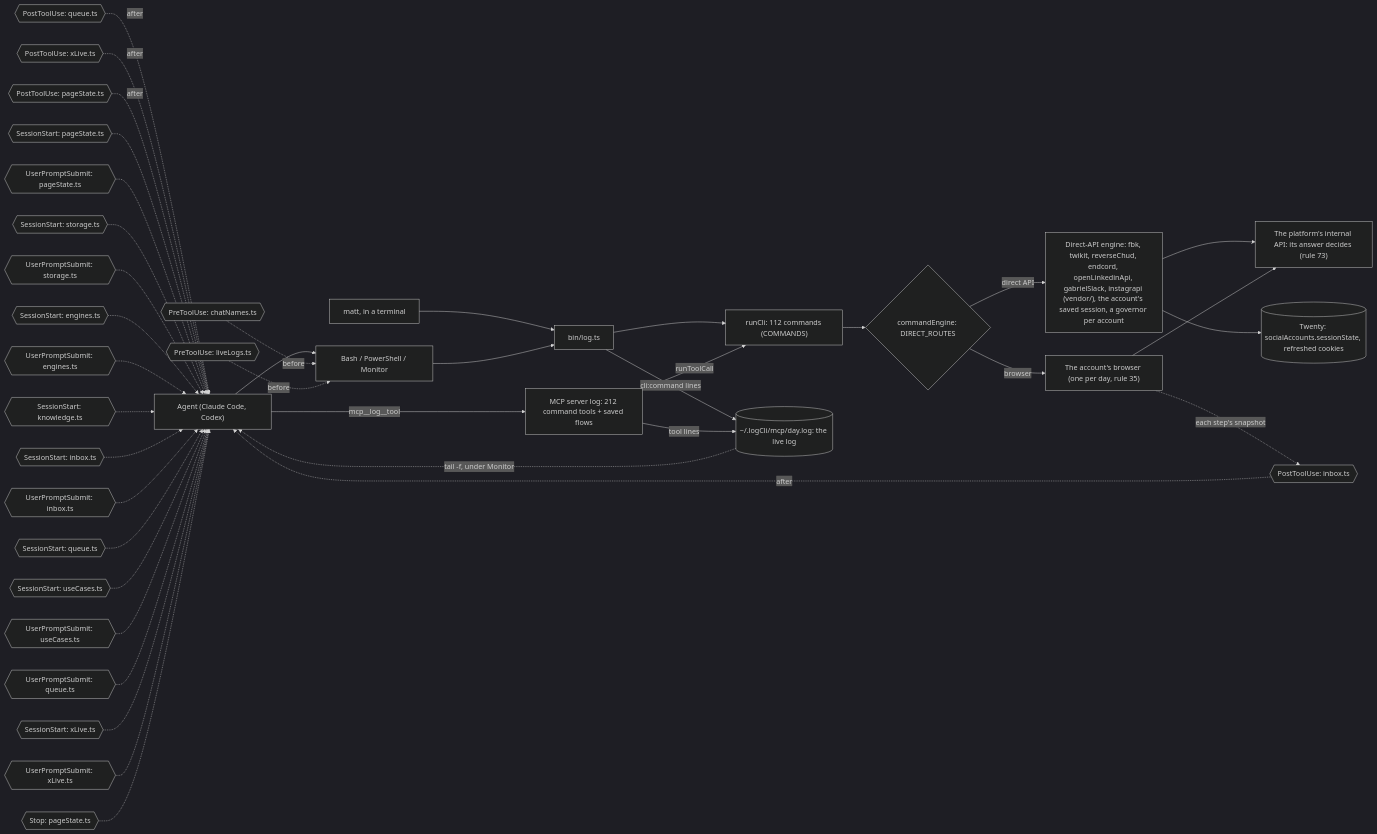
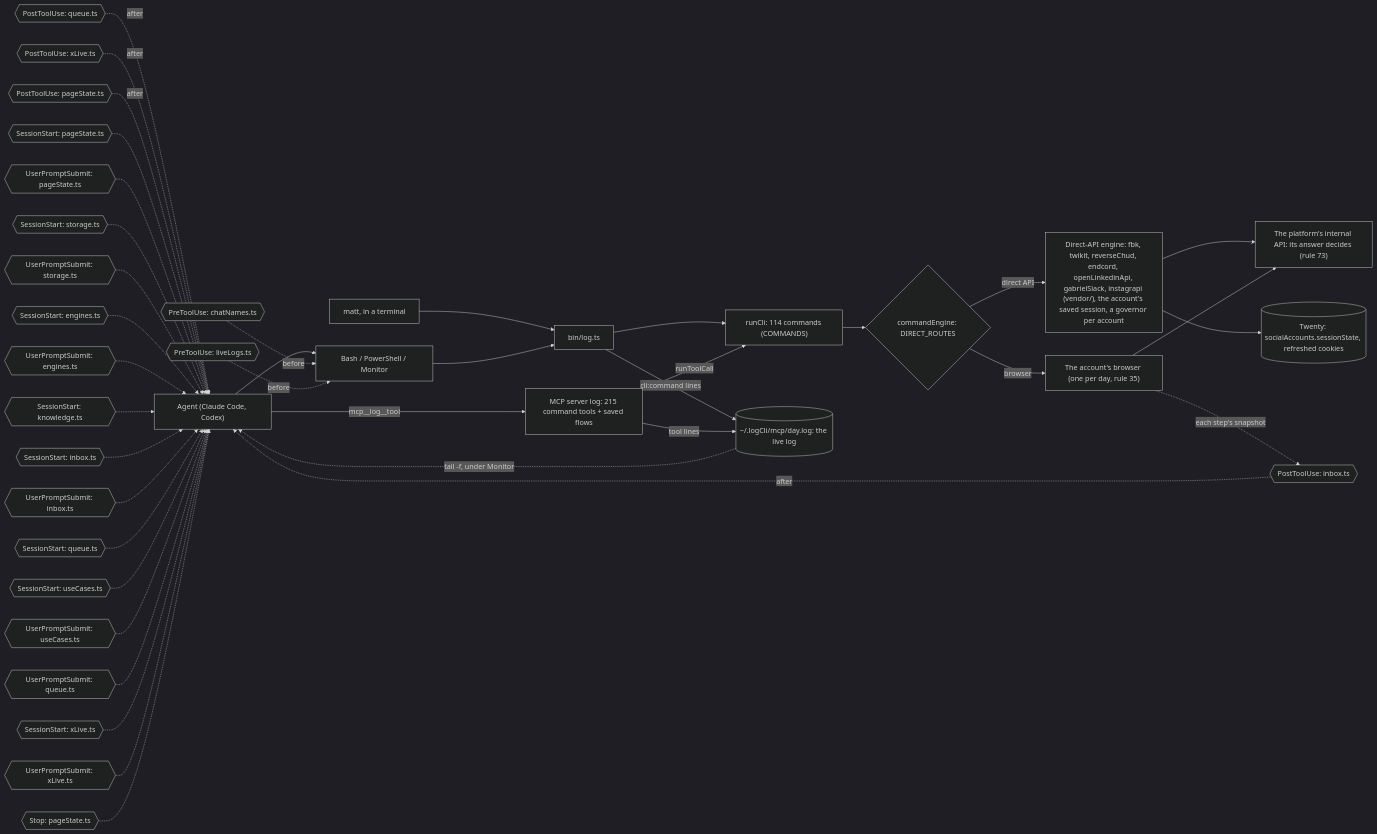
One commit to matthewdonsemail-lab/log changed the diagram in docs/diagrams/surface.mmd. Above: the diagram before and after it, drawn with Mermaid (dark theme). The commit also changed 29 other files, not shown here.

```diff
--- a/docs/diagrams/surface.mmd
+++ b/docs/diagrams/surface.mmd
@@ -1,53 +1,53 @@
 %% How a call reaches log-cli. From a shell or over MCP, both run the same commands through `runCli`, write the same live log, and pass through the same hooks. `commandEngine` sends each command to the platform's direct API or to the account's browser.
 %% Written by `bun run docs:build` from the code (rule 56). Not edited by hand.
 flowchart LR
   agent["Agent (Claude Code, Codex)"]
   matt["matt, in a terminal"]
   shell["Bash / PowerShell / Monitor"]
-  mcp["MCP server log: 212 command tools + saved flows"]
+  mcp["MCP server log: 215 command tools + saved flows"]
   bin["bin/log.ts"]
-  runCli["runCli: 112 commands (COMMANDS)"]
+  runCli["runCli: 114 commands (COMMANDS)"]
   live[("~/.logCli/mcp/day.log: the live log")]
   engine{"commandEngine: DIRECT_ROUTES"}
   direct["Direct-API engine: fbk, twikit, reverseChud, endcord, openLinkedinApi, gabrielSlack, instagrapi (vendor/), the account's saved session, a governor per account"]
   browser["The account's browser (one per day, rule 35)"]
   api["The platform's internal API: its answer decides (rule 73)"]
   twenty[("Twenty: socialAccounts.sessionState, refreshed cookies")]
   agent --> shell
   matt --> bin
   shell --> bin
   agent -->|mcp__log__tool| mcp
   bin --> runCli
   mcp -->|runToolCall| runCli
   runCli --> engine
   engine -->|direct API| direct
   engine -->|browser| browser
   direct --> api
   browser --> api
   direct --> twenty
   bin -->|cli:command lines| live
   mcp -->|tool lines| live
   live -.->|tail -f, under Monitor| agent
   pre0{{"PreToolUse: chatNames.ts"}} -.->|before| shell
   pre1{{"PreToolUse: liveLogs.ts"}} -.->|before| shell
   post0{{"PostToolUse: inbox.ts"}} -.->|after| agent
   post1{{"PostToolUse: queue.ts"}} -.->|after| agent
   post2{{"PostToolUse: xLive.ts"}} -.->|after| agent
   post3{{"PostToolUse: pageState.ts"}} -.->|after| agent
   turn0{{"SessionStart: pageState.ts"}} -.-> agent
   turn1{{"UserPromptSubmit: pageState.ts"}} -.-> agent
   turn2{{"SessionStart: storage.ts"}} -.-> agent
   turn3{{"UserPromptSubmit: storage.ts"}} -.-> agent
   turn4{{"SessionStart: engines.ts"}} -.-> agent
   turn5{{"UserPromptSubmit: engines.ts"}} -.-> agent
   turn6{{"SessionStart: knowledge.ts"}} -.-> agent
   turn7{{"SessionStart: inbox.ts"}} -.-> agent
   turn8{{"UserPromptSubmit: inbox.ts"}} -.-> agent
   turn9{{"SessionStart: queue.ts"}} -.-> agent
   turn10{{"SessionStart: useCases.ts"}} -.-> agent
   turn11{{"UserPromptSubmit: useCases.ts"}} -.-> agent
   turn12{{"UserPromptSubmit: queue.ts"}} -.-> agent
   turn13{{"SessionStart: xLive.ts"}} -.-> agent
   turn14{{"UserPromptSubmit: xLive.ts"}} -.-> agent
   turn15{{"Stop: pageState.ts"}} -.-> agent
   browser -.->|each step's snapshot| post0
```
